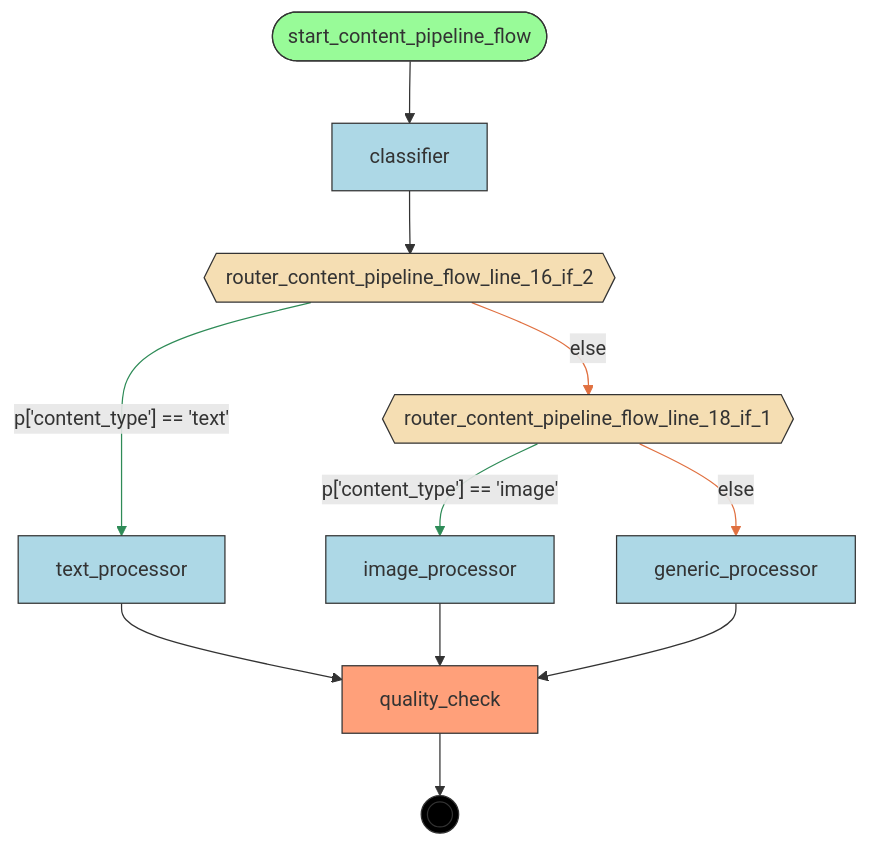
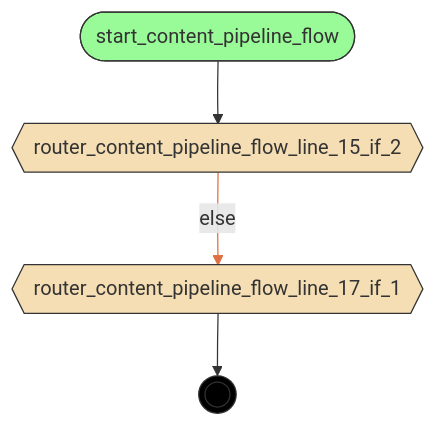
One commit to deliveryhero/asya changed the diagram in examples/flows/compiled/async_conditional/flow.mmd. Above: the diagram before and after it, drawn with Mermaid. The commit also changed 1203 other files, not shown here.

```diff
--- a/examples/flows/compiled/async_conditional/flow.mmd
+++ b/examples/flows/compiled/async_conditional/flow.mmd
@@ -1,36 +1,21 @@
 flowchart TD
     %% Flow: content_pipeline_flow
 
-    classifier[classifier]
-    generic_processor[generic_processor]
-    image_processor[image_processor]
-    quality_check[quality_check]
-    router_content_pipeline_flow_line_16_if_2{{router_content_pipeline_flow_line_16_if_2}}
-    router_content_pipeline_flow_line_18_if_1{{router_content_pipeline_flow_line_18_if_1}}
+    router_content_pipeline_flow_line_15_if_2{{router_content_pipeline_flow_line_15_if_2}}
+    router_content_pipeline_flow_line_17_if_1{{router_content_pipeline_flow_line_17_if_1}}
     start_content_pipeline_flow([start_content_pipeline_flow])
-    text_processor[text_processor]
     __end__((( )))
 
-    start_content_pipeline_flow --> classifier
-    classifier --> router_content_pipeline_flow_line_16_if_2
-    router_content_pipeline_flow_line_18_if_1 -->|"p['content_type'] == 'image'"| image_processor
-    router_content_pipeline_flow_line_18_if_1 -->|"else"| generic_processor
-    router_content_pipeline_flow_line_16_if_2 -->|"p['content_type'] == 'text'"| text_processor
-    text_processor --> quality_check
-    router_content_pipeline_flow_line_16_if_2 -->|"else"| router_content_pipeline_flow_line_18_if_1
-    image_processor --> quality_check
-    generic_processor --> quality_check
-    quality_check --> __end__
+    start_content_pipeline_flow --> router_content_pipeline_flow_line_15_if_2
+    router_content_pipeline_flow_line_15_if_2 -->|"else"| router_content_pipeline_flow_line_17_if_1
+    router_content_pipeline_flow_line_17_if_1 --> __end__
 
     classDef start fill:#98FB98,stroke:#333
     classDef endnode fill:#FFA07A,stroke:#333
     classDef router fill:#F5DEB3,stroke:#333
     classDef handler fill:#ADD8E6,stroke:#333
     classDef endpoint fill:#000,stroke:#333,color:#fff
     class start_content_pipeline_flow start
-    class quality_check endnode
-    class router_content_pipeline_flow_line_16_if_2,router_content_pipeline_flow_line_18_if_1 router
-    class classifier,generic_processor,image_processor,text_processor handler
+    class router_content_pipeline_flow_line_15_if_2,router_content_pipeline_flow_line_17_if_1 router
     class __end__ endpoint
-    linkStyle 2,4 stroke:#2E8B57
-    linkStyle 3,6 stroke:#E07040
+    linkStyle 1 stroke:#E07040
```
